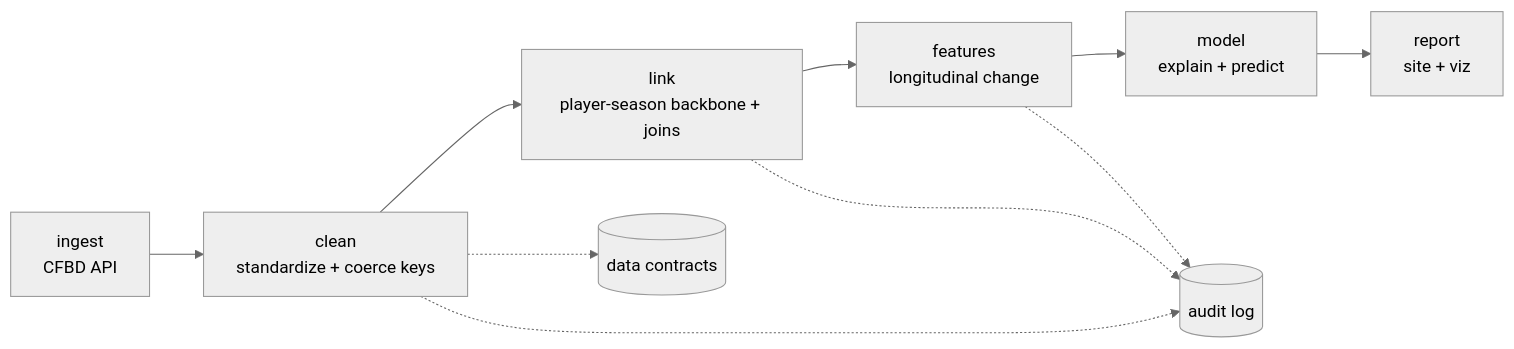
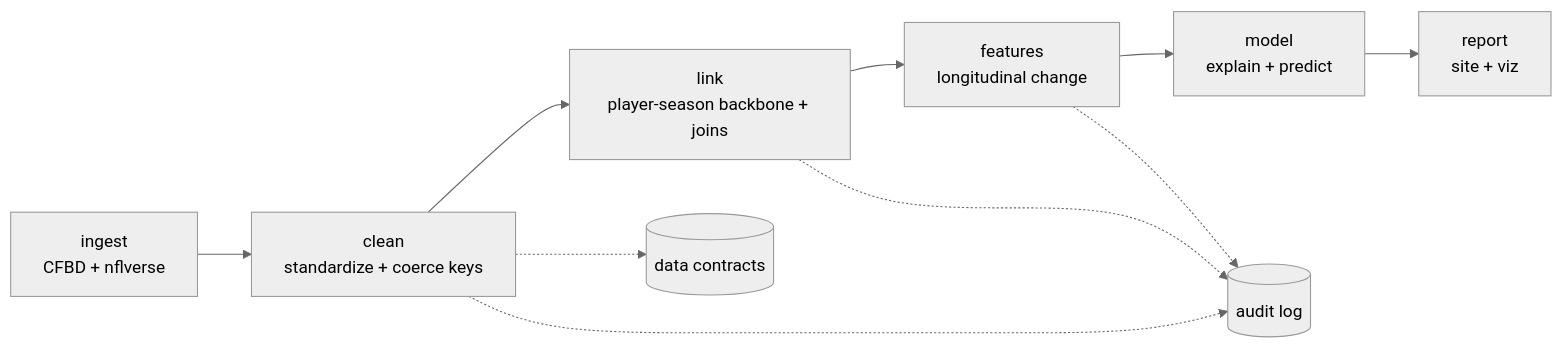
One commit to ngiangre/cfbstats changed the diagram in vignettes/pipeline.qmd. Above: the diagram before and after it, drawn with Mermaid (neutral theme). The commit also changed other lines of this file and 36 other files, not shown here.

````diff
--- a/vignettes/pipeline.qmd
+++ b/vignettes/pipeline.qmd
@@ -28,12 +28,12 @@
 ```{mermaid}
 flowchart LR
-  ingest[ingest\nCFBD API] --> clean[clean\nstandardize + coerce keys]
+  ingest[ingest\nCFBD + nflverse] --> clean[clean\nstandardize + coerce keys]
   clean --> link[link\nplayer-season backbone + joins]
   link --> features[features\nlongitudinal change]
   features --> model[model\nexplain + predict]
   model --> report[report\nsite + viz]
   clean -.-> contracts[(data contracts)]
   clean -.-> audit[(audit log)]
   link -.-> audit
   features -.-> audit
 ```
````
